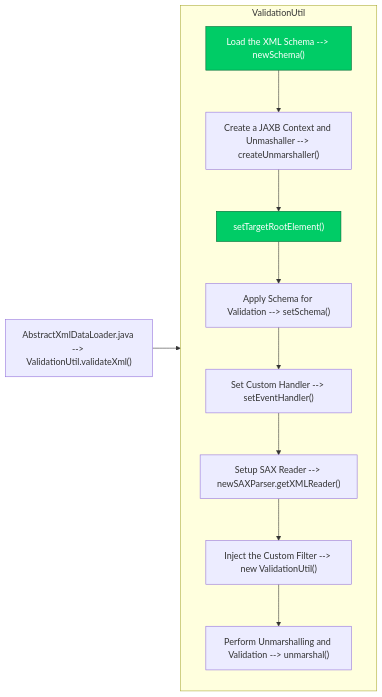
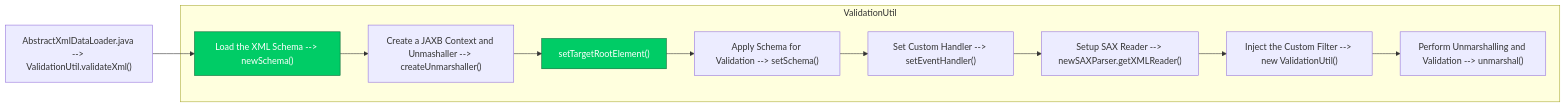
One commit to luthfiadityaa/SimeDarby-Wiki changed the eighth of 8 diagrams in Basic-Design/Host-Interfaces.md. Above: the diagram before and after it, drawn with Mermaid.

Commit message:
Updated Host Interfaces

```diff
--- a/Basic-Design/Host-Interfaces.md
+++ b/Basic-Design/Host-Interfaces.md
@@ -637,22 +637,22 @@
 ::: mermaid
 flowchart LR
  C1["AbstractXmlDataLoader.java --> ValidationUtil.validateXml()"]
- C1 --> ValidationUtil
+ C1 --> C2
 
-subgraph ValidationUtil
+subgraph ValidationUtil 
  C2 --> C3 --> C4 --> C5 --> C6 --> C7 --> C8 --> C9
  C2["Load the XML Schema --> newSchema()"]
  C3["Create a JAXB Context and Unmashaller --> createUnmarshaller()"]
  C4["setTargetRootElement()"]
  C5["Apply Schema for Validation --> setSchema()"]
  C6["Set Custom Handler --> setEventHandler()"]
  C7["Setup SAX Reader --> newSAXParser.getXMLReader()"]
  C8["Inject the Custom Filter --> new ValidationUtil()"]
  C9["Perform Unmarshalling and Validation --> unmarshal()"]
 end
 
 click C2 "https://dev.azure.com/Daifuku-SW/ID_SimeDarbyPlantation/_wiki/wikis/ID_SimeDarbyPlantation.wiki/833/Host-Interfaces?anchor=stage-5"
 click C4 "https://dev.azure.com/Daifuku-SW/ID_SimeDarbyPlantation/_wiki/wikis/ID_SimeDarbyPlantation.wiki/833/Host-Interfaces?anchor=stage-4"
 style C2 fill:#00cc66,stroke:#006633,color:#ffffff
 style C4 fill:#00cc66,stroke:#006633,color:#ffffff
 :::
```
